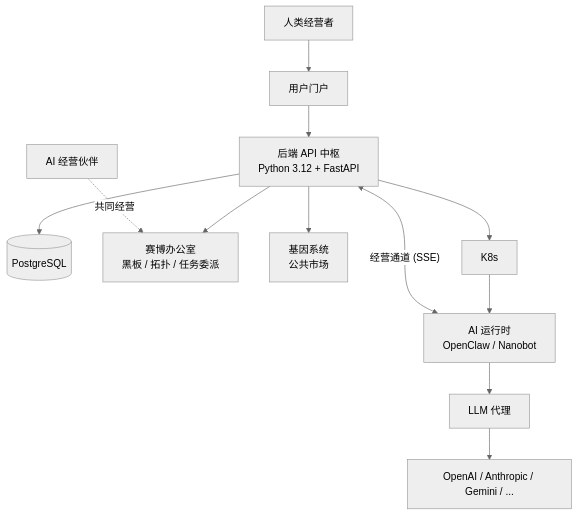
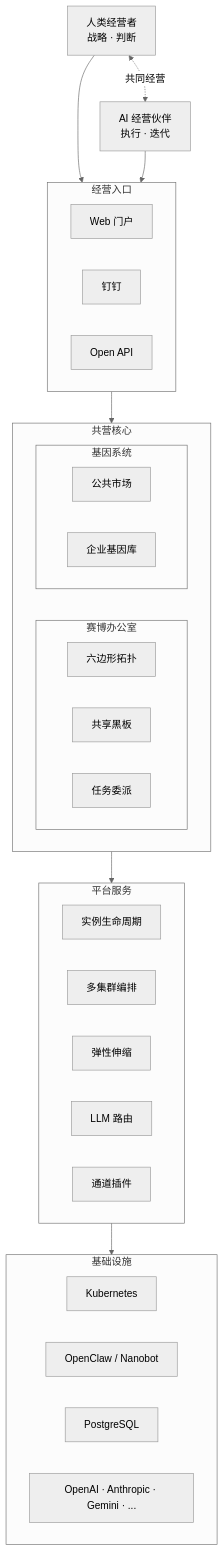
One commit to cccsaber/nodeskclaw changed the diagram in README.zh-CN.md. Above: the diagram before and after it, drawn with Mermaid (neutral theme). The commit also changed other lines of this file and 1 other file, not shown here.

Commit message:
docs: README 架构图从技术流程图改为分层产品架构图

````diff
--- a/README.zh-CN.md
+++ b/README.zh-CN.md
@@ -42,16 +42,50 @@
 ```mermaid
-graph TD
-    Human["人类经营者"] --> Portal["用户门户"]
-    Portal --> API["后端 API 中枢<br>Python 3.12 + FastAPI"]
+flowchart TB
+    Human["人类经营者<br>战略 · 判断"] <-.->|"共同经营"| AI["AI 经营伙伴<br>执行 · 迭代"]
 
-    API --> DB[(PostgreSQL)]
-    API --> CW["赛博办公室<br>黑板 / 拓扑 / 任务委派"]
-    API --> Gene["基因系统<br>公共市场"]
-    API --> Compute["K8s"]
+    Human & AI --> channels
 
-    Compute --> Runtime["AI 运行时<br>OpenClaw / Nanobot"]
-    Runtime <-->|"经营通道 (SSE)"| API
-    Runtime --> LLM["LLM 代理"] --> Providers["OpenAI / Anthropic / Gemini / ..."]
+    subgraph channels [" 经营入口 "]
+        direction LR
+        Portal["Web 门户"]
+        DingTalk["钉钉"]
+        OpenAPI["Open API"]
+    end
 
-    AIPartners["AI 经营伙伴"] -.->|"共同经营"| CW
+    channels --> coopCore
+
+    subgraph coopCore [" 共营核心 "]
+        subgraph cyberWS [" 赛博办公室 "]
+            direction LR
+            Topo["六边形拓扑"]
+            Board["共享黑板"]
+            Tasks["任务委派"]
+        end
+        subgraph geneSys [" 基因系统 "]
+            direction LR
+            Market["公共市场"]
+            EntLib["企业基因库"]
+        end
+    end
+
+    coopCore --> platform
+
+    subgraph platform [" 平台服务 "]
+        direction LR
+        Instance["实例生命周期"]
+        Cluster["多集群编排"]
+        Scale["弹性伸缩"]
+        LLMProxy["LLM 路由"]
+        ChPlugin["通道插件"]
+    end
+
+    platform --> infra
+
+    subgraph infra [" 基础设施 "]
+        direction LR
+        K8s["Kubernetes"]
+        Runtime["OpenClaw / Nanobot"]
+        DB["PostgreSQL"]
+        LLMs["OpenAI · Anthropic · Gemini · ..."]
+    end
 ```
````
